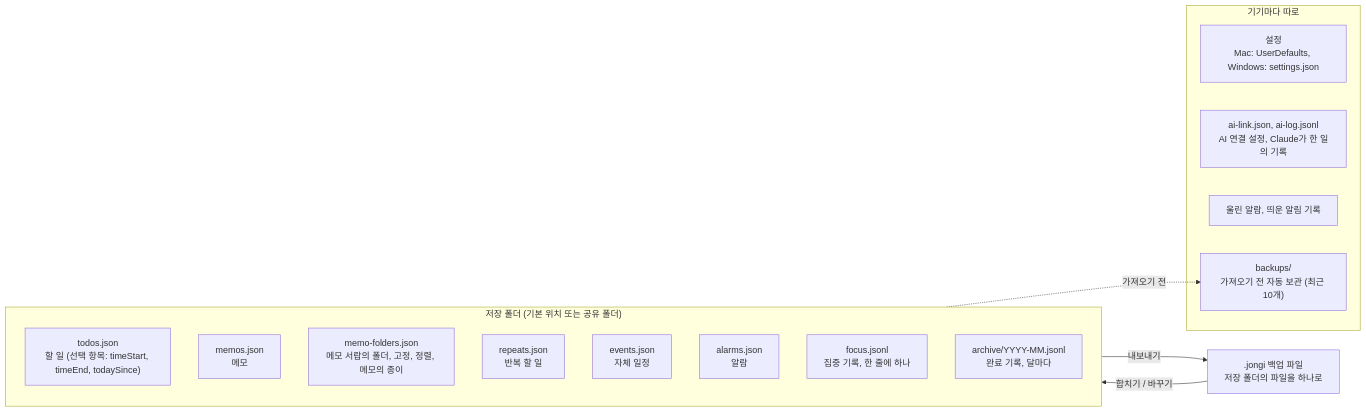
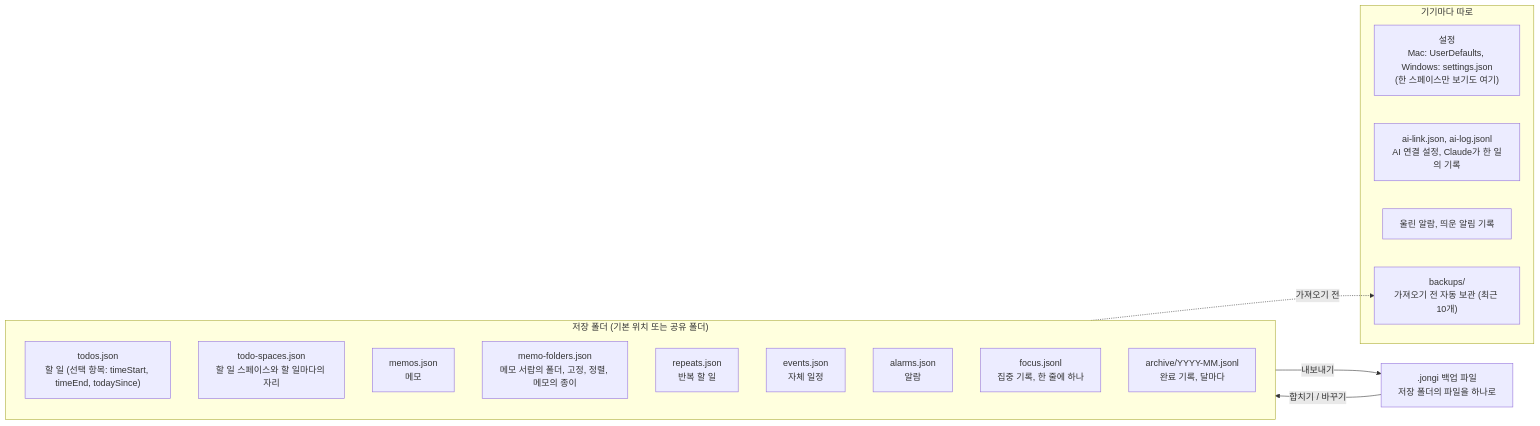
The third of 6 diagrams in docs/architecture.md (leeahwi/jongi-nyang-app), drawn with Mermaid before and after one commit. The commit also changed other lines of this file and 282 other files, not shown here.

Commit message:
종이냥 — Mac 1.45.0 · Windows 1.30.0

````diff
--- a/docs/architecture.md
+++ b/docs/architecture.md
@@ -117,24 +119,25 @@
 ```mermaid
 flowchart LR
     subgraph FOLDER["저장 폴더 (기본 위치 또는 공유 폴더)"]
         direction TB
         T["todos.json<br/>할 일 (선택 항목: timeStart, timeEnd, todaySince)"]
+        TS["todo-spaces.json<br/>할 일 스페이스와 할 일마다의 자리"]
         ME["memos.json<br/>메모"]
         MF["memo-folders.json<br/>메모 서랍의 폴더, 고정, 정렬, 메모의 종이"]
         R["repeats.json<br/>반복 할 일"]
         E["events.json<br/>자체 일정"]
         A["alarms.json<br/>알람"]
         F["focus.jsonl<br/>집중 기록, 한 줄에 하나"]
         AR["archive/YYYY-MM.jsonl<br/>완료 기록, 달마다"]
     end
     subgraph DEVICE["기기마다 따로"]
-        S["설정<br/>Mac: UserDefaults, Windows: settings.json"]
+        S["설정<br/>Mac: UserDefaults, Windows: settings.json<br/>(한 스페이스만 보기도 여기)"]
         AI["ai-link.json, ai-log.jsonl<br/>AI 연결 설정, Claude가 한 일의 기록"]
         H["울린 알람, 띄운 알림 기록"]
         B["backups/<br/>가져오기 전 자동 보관 (최근 10개)"]
     end
     X[".jongi 백업 파일<br/>저장 폴더의 파일을 하나로"]
     FOLDER -->|내보내기| X
     X -->|합치기 / 바꾸기| FOLDER
     FOLDER -.가져오기 전.-> B
 ```
````
